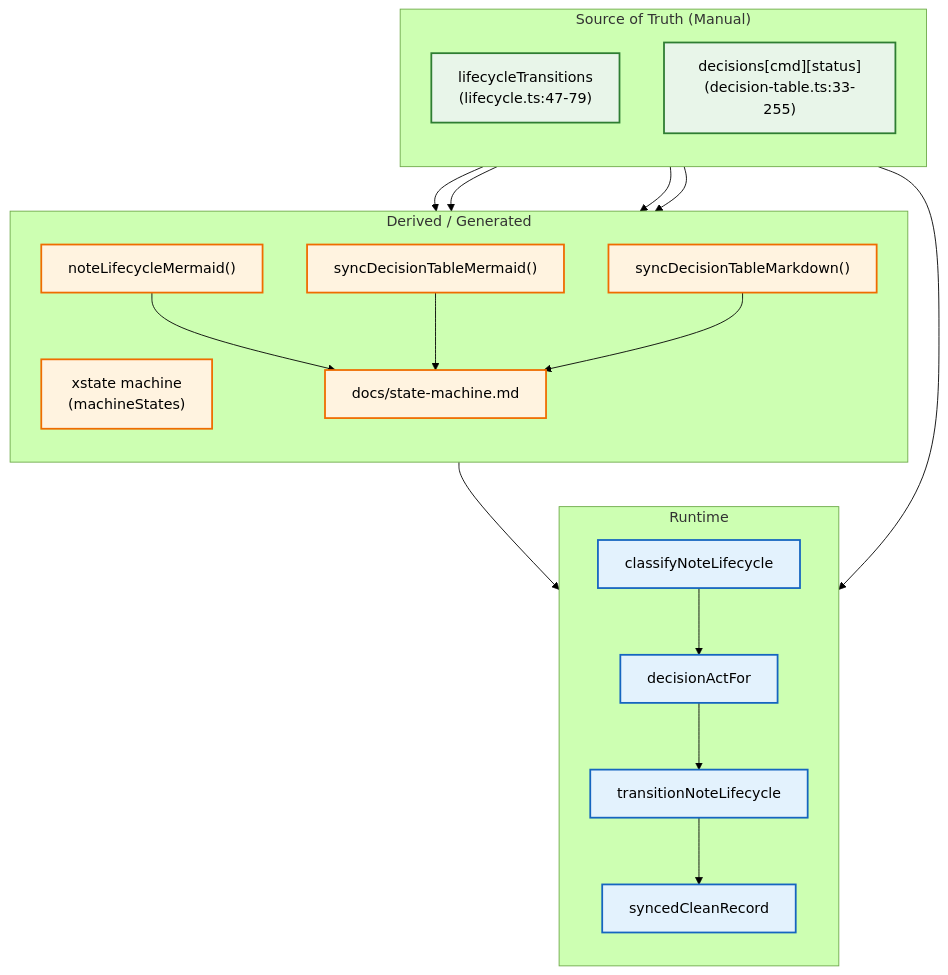
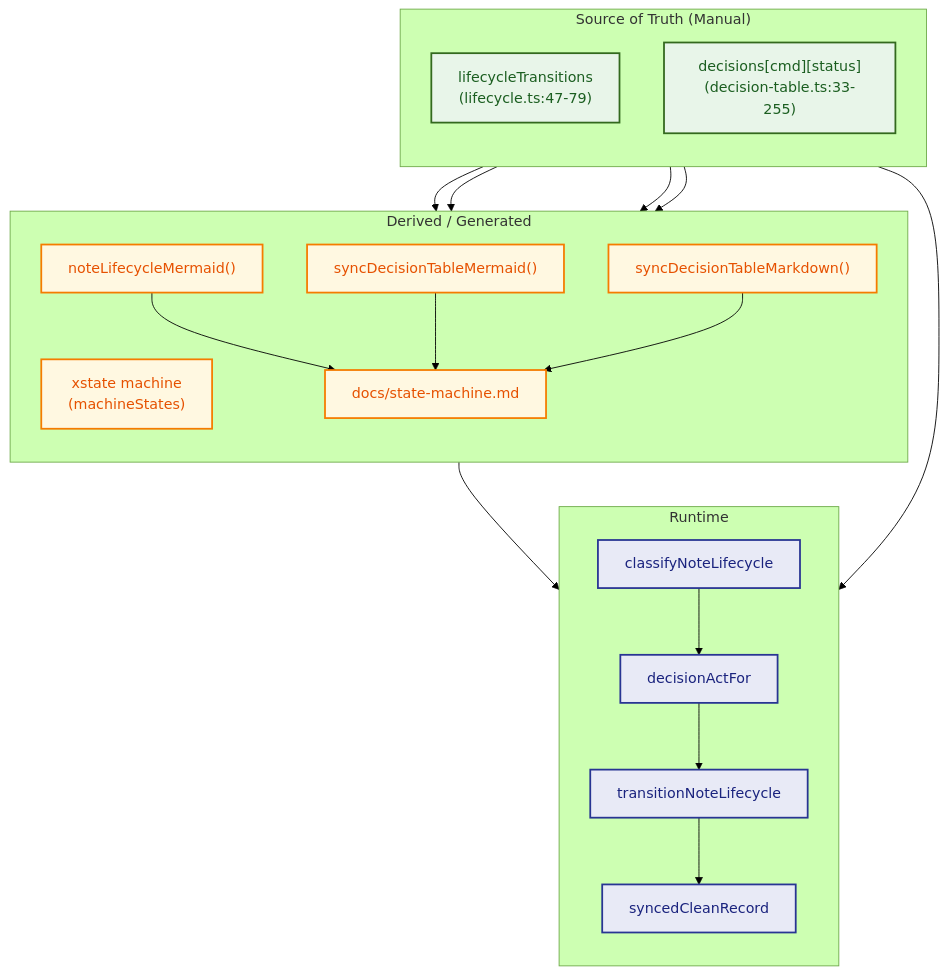
Before and after one commit to Karol-Szykula/AnkiPalace: the first of 6 diagrams in docs/state-machine.md, drawn with Mermaid (forest theme). The commit also changed other lines of this file and 2 other files, not shown here.

````diff
--- a/docs/state-machine.md
+++ b/docs/state-machine.md
@@ -8,46 +8,46 @@
 ```mermaid
 flowchart TB
   subgraph SOURCE["Source of Truth (Manual)"]
     direction TB
     LT["lifecycleTransitions<br/>(lifecycle.ts:47-79)"]
     DT["decisions[cmd][status]<br/>(decision-table.ts:33-255)"]
   end
 
   subgraph GEN["Derived / Generated"]
     direction TB
     XSTATE["xstate machine<br/>(machineStates)"]
     MERMAID_LC["noteLifecycleMermaid()"]
     MERMAID_DT["syncDecisionTableMermaid()"]
     MD_DT["syncDecisionTableMarkdown()"]
     DOC["docs/state-machine.md"]
   end
 
   subgraph RUNTIME["Runtime"]
     direction TB
     CLASSIFY["classifyNoteLifecycle"]
     DECIDE["decisionActFor"]
     TRANSIT["transitionNoteLifecycle"]
     LEDGER["syncedCleanRecord"]
   end
 
   LT --> XSTATE
   LT --> MERMAID_LC
   DT --> MERMAID_DT
   DT --> MD_DT
   DT --> DECIDE
   MERMAID_LC --> DOC
   MERMAID_DT --> DOC
   MD_DT --> DOC
   XSTATE --> TRANSIT
   CLASSIFY --> DECIDE
   DECIDE --> TRANSIT
   TRANSIT --> LEDGER
 
-  classDef src fill:#e8f5e9,stroke:#2e7d32,stroke-width:2px;
-  classDef gen fill:#fff3e0,stroke:#ef6c00,stroke-width:2px;
-  classDef run fill:#e3f2fd,stroke:#1565c0,stroke-width:2px;
-  classDef doc fill:#fce4ec,stroke:#c2185b,stroke-width:2px;
+  classDef src fill:#e8f5e9,stroke:#33691e,stroke-width:2px,color:#1b5e20;
+  classDef gen fill:#fff8e1,stroke:#f57c00,stroke-width:2px,color:#e65100;
+  classDef run fill:#e8eaf6,stroke:#283593,stroke-width:2px,color:#1a237e;
+  classDef doc fill:#fce4ec,stroke:#ad1457,stroke-width:2px,color:#880e4f;
   class LT,DT src;
   class XSTATE,MERMAID_LC,MERMAID_DT,MD_DT,DOC gen;
   class CLASSIFY,DECIDE,TRANSIT,LEDGER run;
 ```
````
